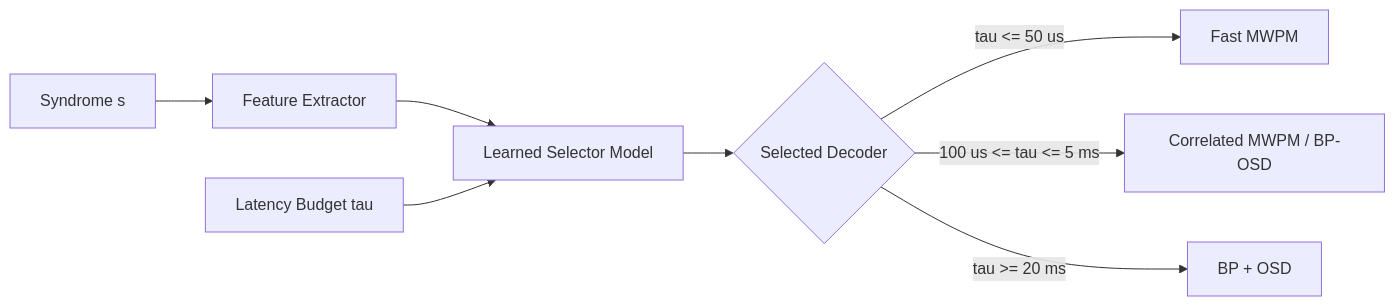
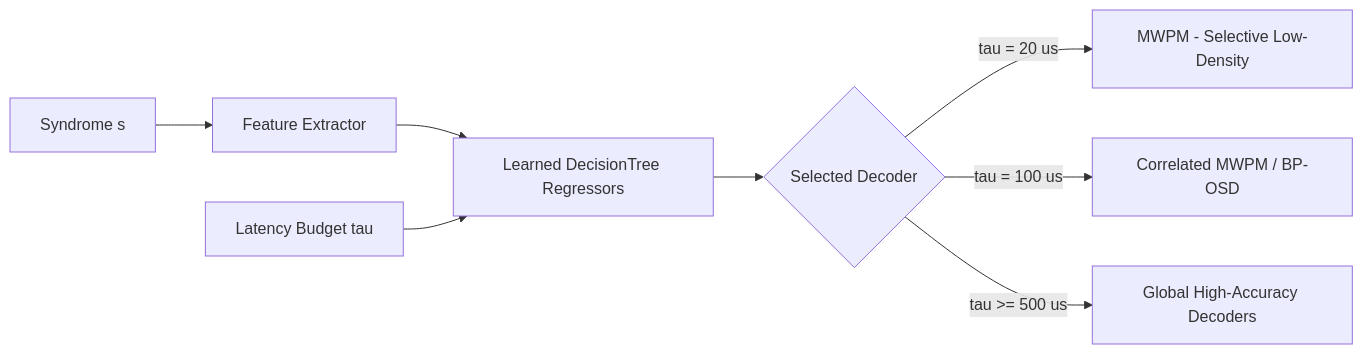
One commit to Nox-eturnus/Projects changed the diagram in adaptive-surface-code-decoder/RESULTS.md. Above: the diagram before and after it, drawn with Mermaid. The commit also changed other lines of this file and 4 other files, not shown here.

````diff
--- a/adaptive-surface-code-decoder/RESULTS.md
+++ b/adaptive-surface-code-decoder/RESULTS.md
@@ -143,10 +142,10 @@
 ```mermaid
 flowchart LR
     S[Syndrome s] --> FE[Feature Extractor]
-    FE --> ML[Learned Selector Model]
+    FE --> ML[Learned DecisionTree Regressors]
     Budget[Latency Budget tau] --> ML
     ML --> D{Selected Decoder}
-    D -->|tau <= 50 us| MWPM[Fast MWPM]
-    D -->|100 us <= tau <= 5 ms| CMWPM[Correlated MWPM / BP-OSD]
-    D -->|tau >= 20 ms| BPOSD[BP + OSD]
+    D -->|tau = 20 us| MWPM[MWPM - Selective Low-Density]
+    D -->|tau = 100 us| CMWPM[Correlated MWPM / BP-OSD]
+    D -->|tau >= 500 us| ALL[Global High-Accuracy Decoders]
 ```
````
